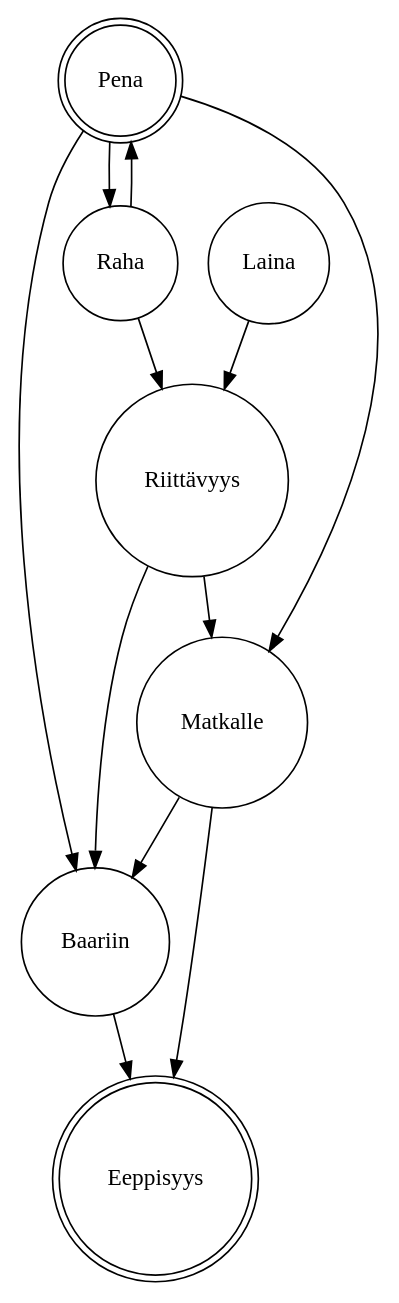
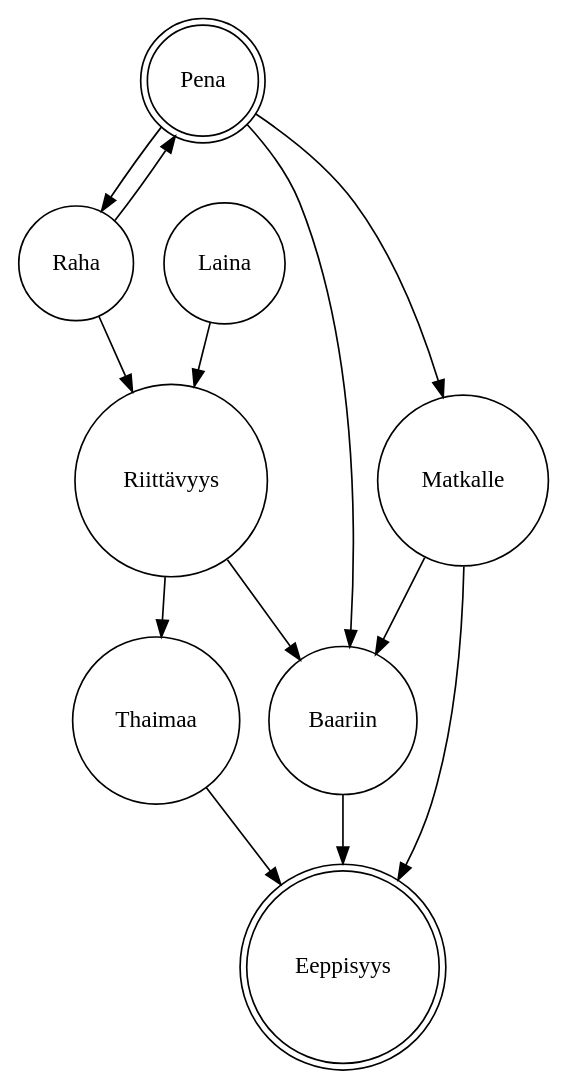
Before and after one commit to Dragonius/Pena_Java: the diagram in Graphiz.dot, drawn with Graphviz.

Commit message:
Look at link
http://www.webgraphviz.com/

```diff
--- a/Graphiz.dot
+++ b/Graphiz.dot
@@ -1,16 +1,20 @@
 digraph finite_state_machine {
 rankdir=Pena;
-node [shape = doublecircle]; Pena; Eeppisyys;
+node [shape = doublecircle]; 
+Pena; 
+Eeppisyys;
 node [shape = circle];
-Pena -> Raha;
-Pena -> Baariin;
-Pena -> Matkalle;
-Raha -> Pena;
-Raha -> Riittävyys;
-Laina -> Riittävyys;
-Matkalle -> Baariin;
-Matkalle -> Eeppisyys;
-Riittävyys -> Baariin;
-Riittävyys -> Matkalle;
-Baariin -> Eeppisyys;
+	Pena -> Raha;
+	Pena -> Baariin;
+	Pena -> Matkalle;
+	Raha -> Pena;
+	Raha -> Riittävyys;
+	Laina -> Riittävyys;
+	Matkalle -> Baariin;
+	Matkalle -> Eeppisyys;
+	Riittävyys -> Baariin;
+	Riittävyys -> Thaimaa;
+	Thaimaa -> Eeppisyys;
+	Baariin -> Eeppisyys;
+
 }
```
